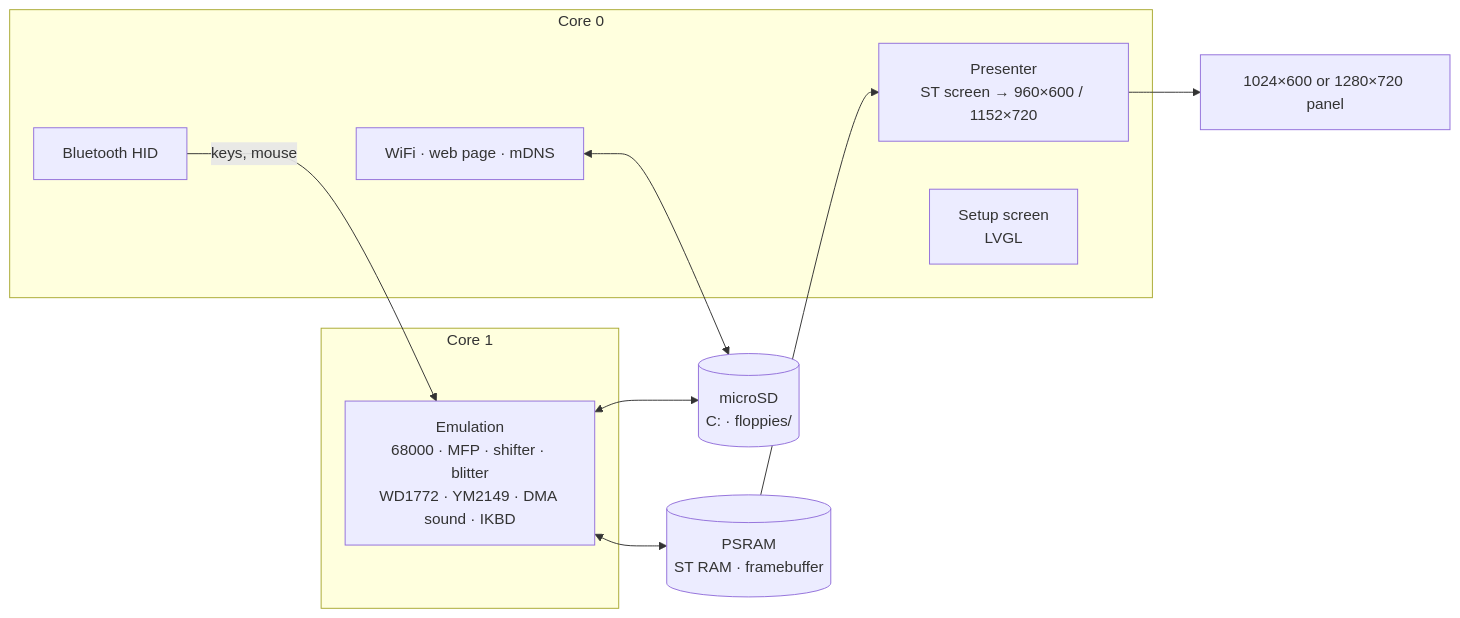
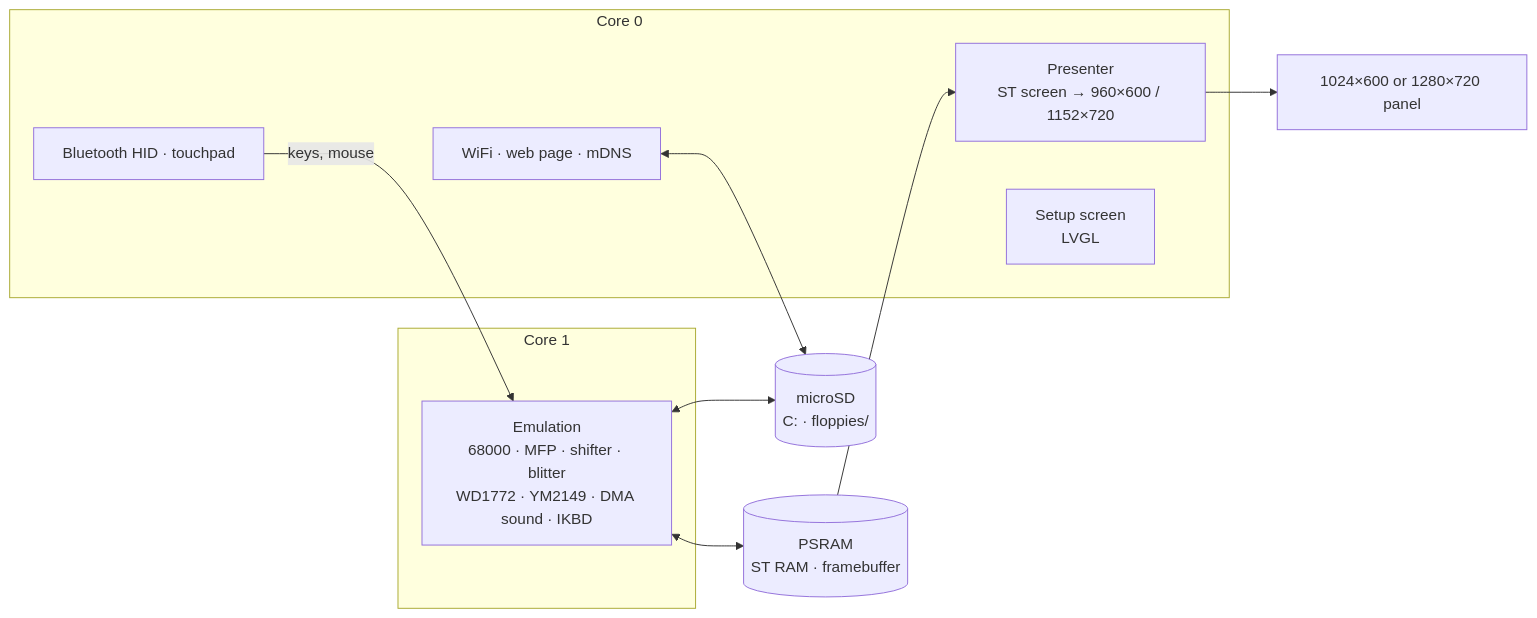
Before and after one commit to rlucencic/esp32ste: the diagram in README.md, drawn with Mermaid. The commit also changed other lines of this file and 3 other files, not shown here.

````diff
--- a/README.md
+++ b/README.md
@@ -201,20 +207,20 @@
 ```mermaid
 flowchart LR
   subgraph core1 [Core 1]
     EMU["Emulation<br>68000 · MFP · shifter · blitter<br>WD1772 · YM2149 · DMA sound · IKBD"]
   end
   subgraph core0 [Core 0]
     PRES[Presenter<br>ST screen → 960×600 / 1152×720]
     UI[Setup screen<br>LVGL]
     NET[WiFi · web page · mDNS]
-    BLE[Bluetooth HID]
+    BLE[Bluetooth HID · touchpad]
   end
   PSRAM[(PSRAM<br>ST RAM · framebuffer)]
   SD[(microSD<br>C: · floppies/)]
   EMU <--> PSRAM
   PRES --> LCD[1024×600 or 1280×720 panel]
   PSRAM --> PRES
   BLE -- keys, mouse --> EMU
   EMU <--> SD
   NET <--> SD
 ```
````
